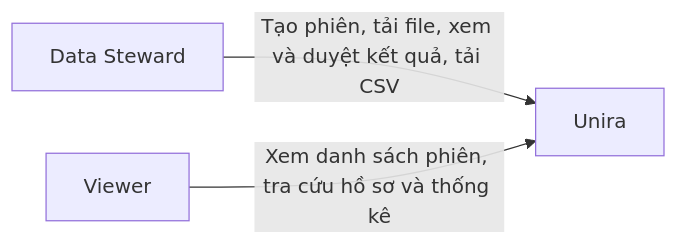
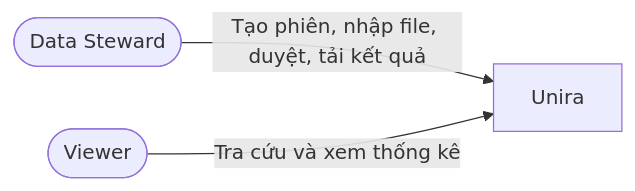
One commit to ngominhthu09/data changed the first of 3 diagrams in README.md. Above: the diagram before and after it, drawn with Mermaid. The commit also changed other lines of this file and 398 other files, not shown here.

````diff
--- a/README.md
+++ b/README.md
@@ -338,5 +385,5 @@
 ```mermaid
 flowchart LR
-    S[Data Steward] -->|Tạo phiên, tải file, xem và duyệt kết quả, tải CSV| U[Unira]
-    V[Viewer] -->|Xem danh sách phiên, tra cứu hồ sơ và thống kê| U
+    steward([Data Steward]) -->|Tạo phiên, nhập file, duyệt, tải kết quả| unira[Unira]
+    viewer([Viewer]) -->|Tra cứu và xem thống kê| unira
 ```
````
